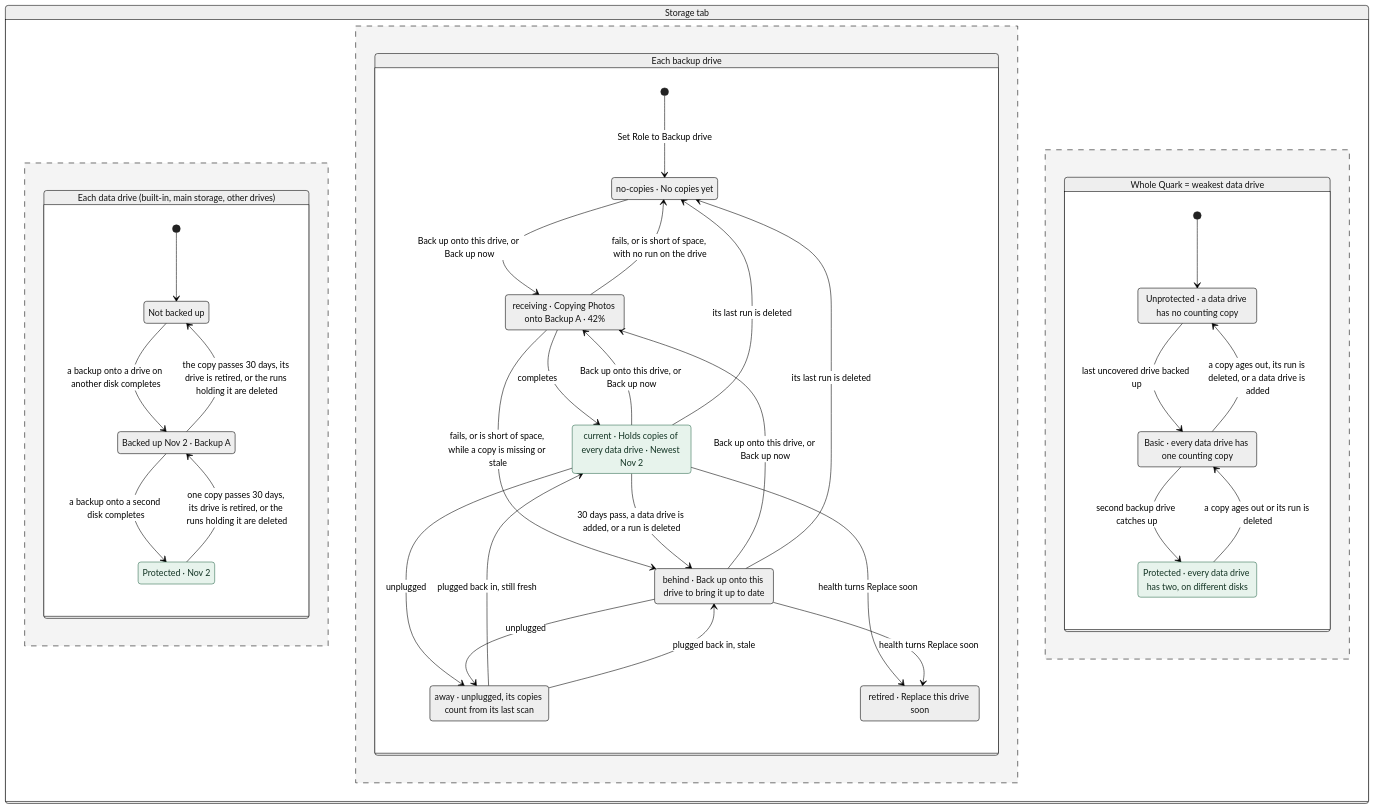
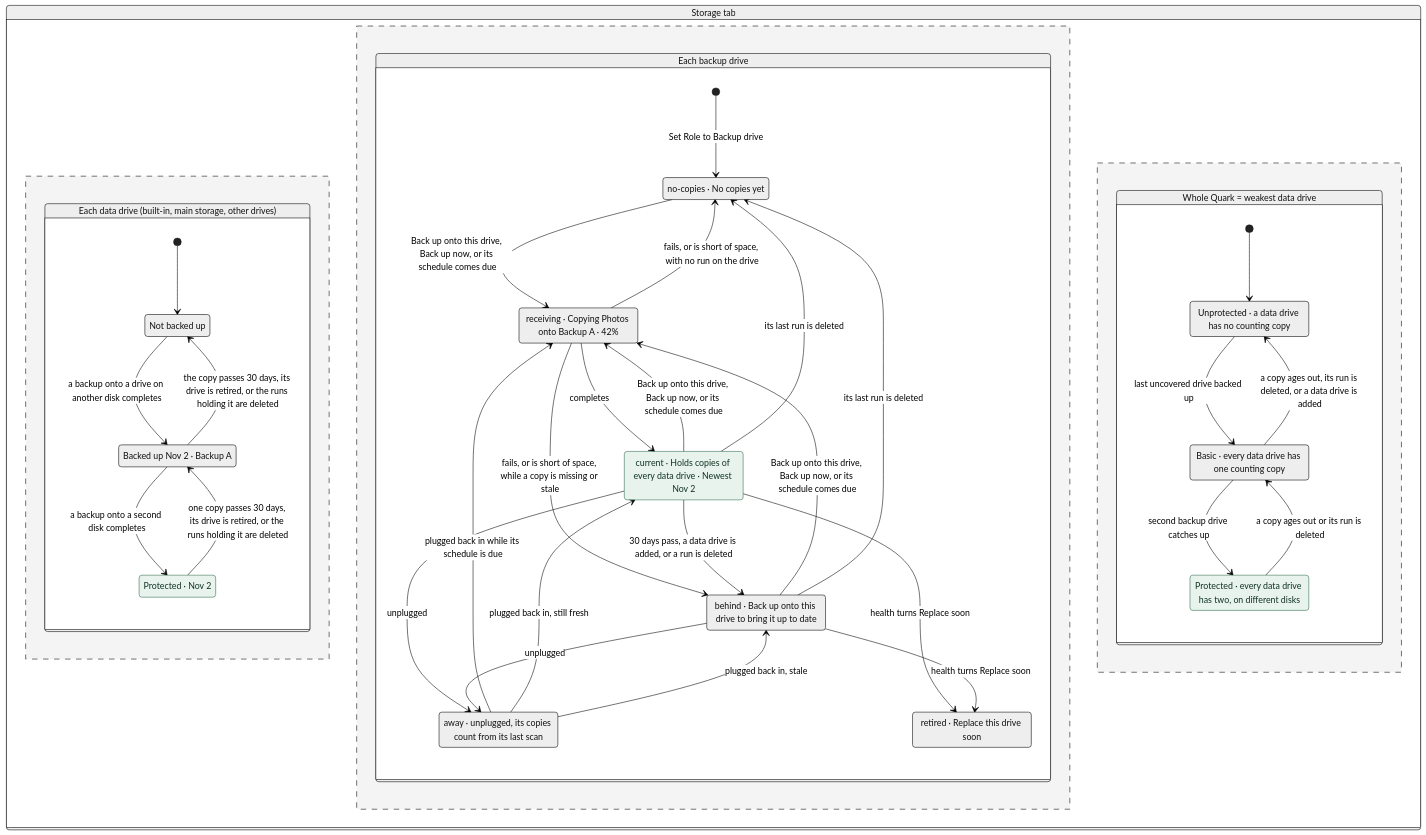
One commit to autobutler-org/quark changed the third of 3 diagrams in docs/architecture/backup.md. Above: the diagram before and after it, drawn with Mermaid (neutral theme). The commit also changed other lines of this file and 17 other files, not shown here.

First line of the commit message:
feat: back up onto a backup drive on a schedule

````diff
--- a/docs/architecture/backup.md
+++ b/docs/architecture/backup.md
@@ -450,53 +483,54 @@
 ```mermaid
 stateDiagram-v2
   state "Storage tab" as Tab {
     state "Each data drive (built-in, main storage, other drives)" as DataDrive {
       [*] --> NotBackedUp
       NotBackedUp : Not backed up
       OneCopy : Backed up Nov 2 · Backup A
       TwoCopies : Protected · Nov 2
       NotBackedUp --> OneCopy : a backup onto a drive on another disk completes
       OneCopy --> TwoCopies : a backup onto a second disk completes
       OneCopy --> NotBackedUp : the copy passes 30 days, its drive is retired, or the runs holding it are deleted
       TwoCopies --> OneCopy : one copy passes 30 days, its drive is retired, or the runs holding it are deleted
     }
     --
     state "Each backup drive" as BackupDrive {
       [*] --> NoCopies : Set Role to Backup drive
       NoCopies : no-copies · No copies yet
       Receiving : receiving · Copying Photos onto Backup A · 42%
       Current : current · Holds copies of every data drive · Newest Nov 2
       Behind : behind · Back up onto this drive to bring it up to date
       Away : away · unplugged, its copies count from its last scan
       Retired : retired · Replace this drive soon
-      NoCopies --> Receiving : Back up onto this drive, or Back up now
-      Behind --> Receiving : Back up onto this drive, or Back up now
-      Current --> Receiving : Back up onto this drive, or Back up now
+      NoCopies --> Receiving : Back up onto this drive, Back up now, or its schedule comes due
+      Behind --> Receiving : Back up onto this drive, Back up now, or its schedule comes due
+      Current --> Receiving : Back up onto this drive, Back up now, or its schedule comes due
+      Away --> Receiving : plugged back in while its schedule is due
       Receiving --> Current : completes
       Receiving --> NoCopies : fails, or is short of space, with no run on the drive
       Receiving --> Behind : fails, or is short of space, while a copy is missing or stale
       Current --> Behind : 30 days pass, a data drive is added, or a run is deleted
       Current --> NoCopies : its last run is deleted
       Behind --> NoCopies : its last run is deleted
       Current --> Away : unplugged
       Behind --> Away : unplugged
       Away --> Current : plugged back in, still fresh
       Away --> Behind : plugged back in, stale
       Current --> Retired : health turns Replace soon
       Behind --> Retired : health turns Replace soon
     }
     --
     state "Whole Quark = weakest data drive" as Quark {
       [*] --> QUnprotected
       QUnprotected : Unprotected · a data drive has no counting copy
       QBasic : Basic · every data drive has one counting copy
       QProt : Protected · every data drive has two, on different disks
       QUnprotected --> QBasic : last uncovered drive backed up
       QBasic --> QProt : second backup drive catches up
       QProt --> QBasic : a copy ages out or its run is deleted
       QBasic --> QUnprotected : a copy ages out, its run is deleted, or a data drive is added
     }
   }
   classDef good fill:#e7f3ec,stroke:#2f6b4f,color:#123323
   class TwoCopies, Current, QProt good
 ```
````
